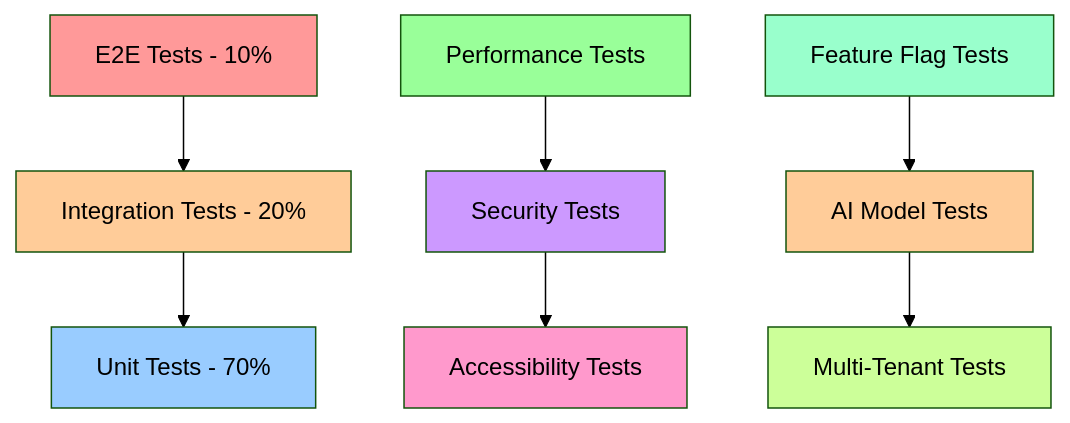
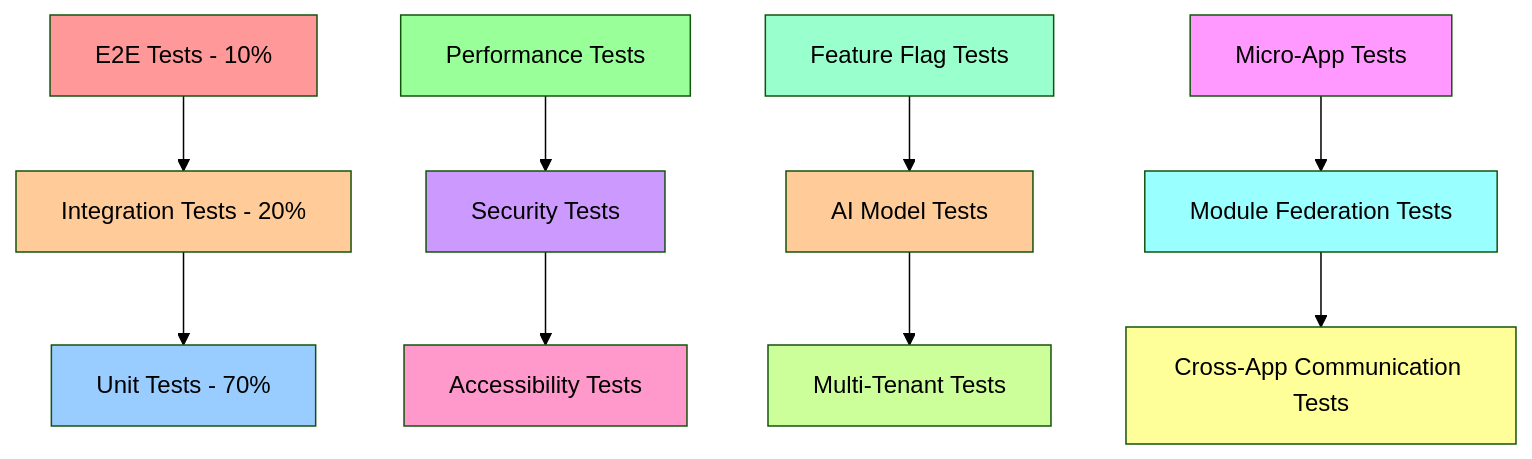
One commit to sirschrockalot/ai-crm changed the diagram in docs/qa/test-strategy.md. Above: the diagram before and after it, drawn with Mermaid (forest theme). The commit also changed other lines of this file and 1 other file, not shown here.

````diff
--- a/docs/qa/test-strategy.md
+++ b/docs/qa/test-strategy.md
@@ -33,21 +33,27 @@
 ```mermaid
 graph TD
     A[E2E Tests - 10%] --> B[Integration Tests - 20%]
     B --> C[Unit Tests - 70%]
     
     D[Performance Tests] --> E[Security Tests]
     E --> F[Accessibility Tests]
     
     G[Feature Flag Tests] --> H[AI Model Tests]
     H --> I[Multi-Tenant Tests]
     
+    J[Micro-App Tests] --> K[Module Federation Tests]
+    K --> L[Cross-App Communication Tests]
+    
     style A fill:#ff9999
     style B fill:#ffcc99
     style C fill:#99ccff
     style D fill:#99ff99
     style E fill:#cc99ff
     style F fill:#ff99cc
     style G fill:#99ffcc
     style H fill:#ffcc99
     style I fill:#ccff99
+    style J fill:#ff99ff
+    style K fill:#99ffff
+    style L fill:#ffff99
 ```
````
